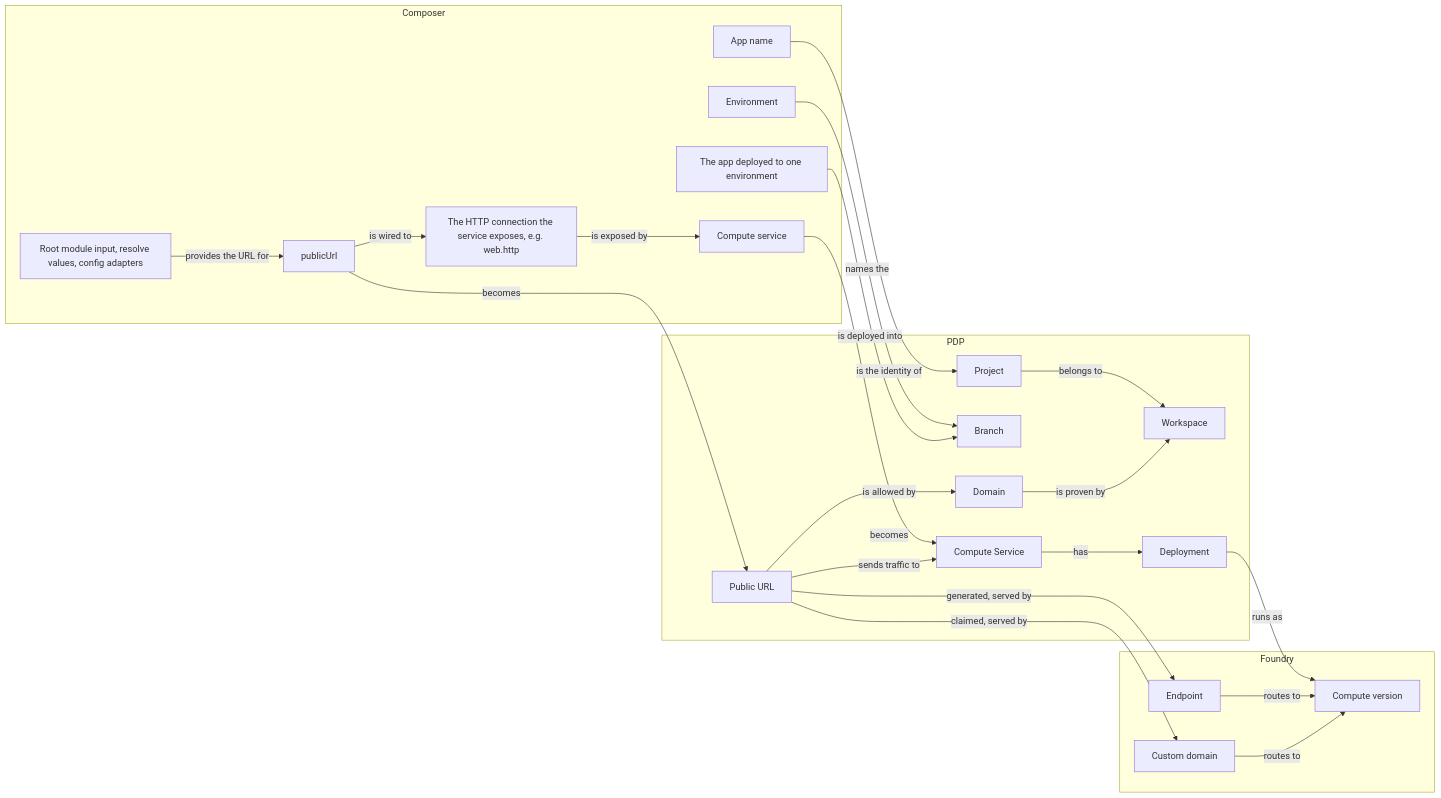
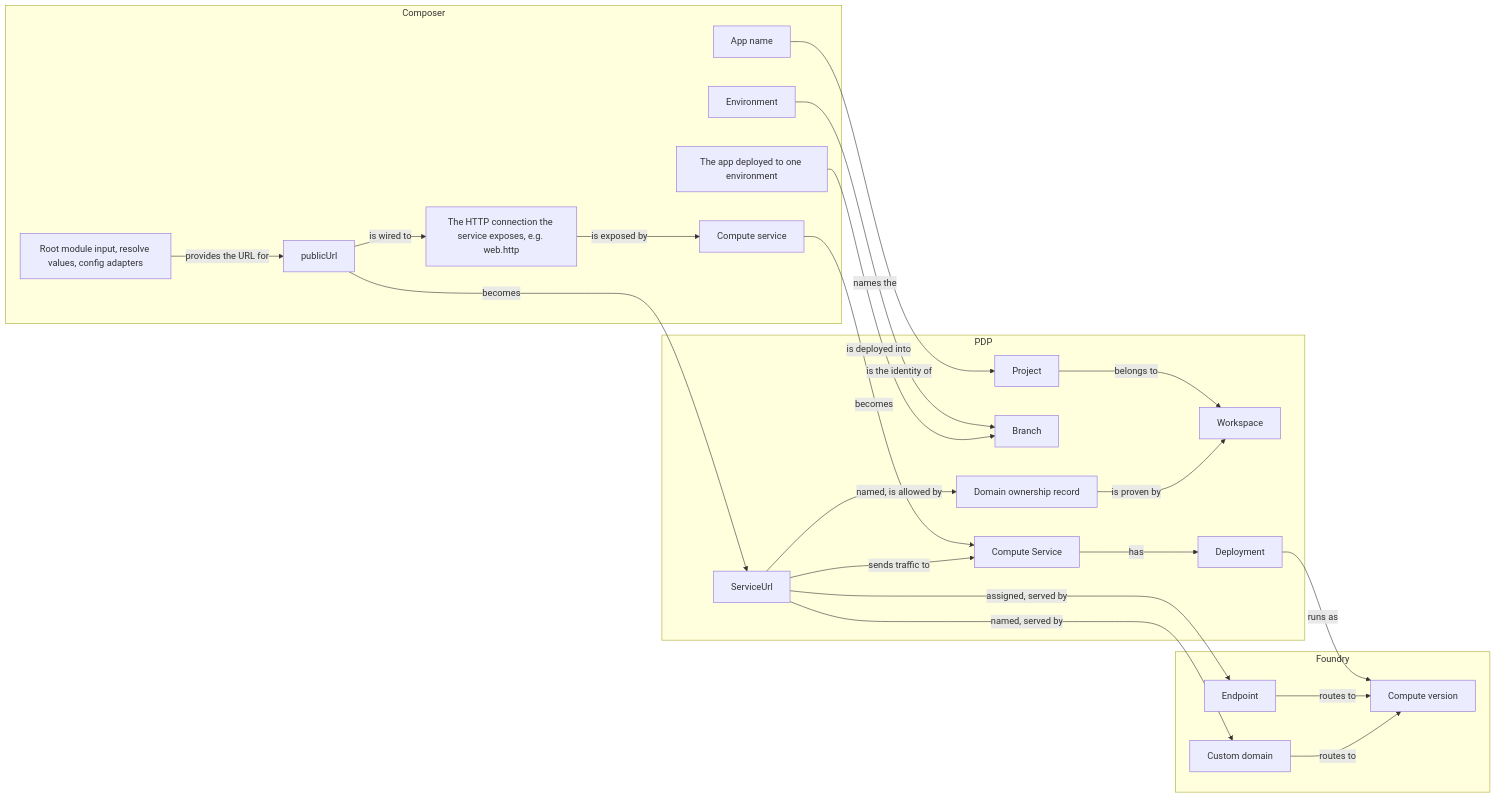
Before and after one commit to prisma/composer: the diagram in docs/design/05-prisma-cloud/public-url-domain-map.md, drawn with Mermaid. The commit also changed other lines of this file and 9 other files, not shown here.

First line of the commit message:
docs(design): the platform records are ServiceUrl and domain ownership

````diff
--- a/docs/design/05-prisma-cloud/public-url-domain-map.md
+++ b/docs/design/05-prisma-cloud/public-url-domain-map.md
@@ -5,44 +5,44 @@
 ```mermaid
 flowchart LR
   subgraph Composer
     AppName[App name]
     Env[Environment]
     Root[The app deployed to one environment]
     Svc[Compute service]
     Out[The HTTP connection the service exposes, e.g. web.http]
     PU[publicUrl]
     In[Root module input, resolve values, config adapters]
   end
   subgraph PDP
     WS[Workspace]
     Proj[Project]
     Br[Branch]
     PApp[Compute Service]
     Dep[Deployment]
-    PPU[Public URL]
-    Dom[Domain]
+    PPU[ServiceUrl]
+    Dom[Domain ownership record]
   end
   subgraph Foundry
     CV[Compute version]
     EP[Endpoint]
     CD[Custom domain]
   end
   Proj -- belongs to --> WS
   Dom -- is proven by --> WS
   AppName -- is the identity of --> Proj
   Env -- names the --> Br
   Root -- is deployed into --> Br
   Svc -- becomes --> PApp
   PU -- becomes --> PPU
   PU -- is wired to --> Out
   Out -- is exposed by --> Svc
   In -- provides the URL for --> PU
   PApp -- has --> Dep
   Dep -- runs as --> CV
   PPU -- sends traffic to --> PApp
-  PPU -- is allowed by --> Dom
-  PPU -- generated, served by --> EP
-  PPU -- claimed, served by --> CD
+  PPU -- named, is allowed by --> Dom
+  PPU -- assigned, served by --> EP
+  PPU -- named, served by --> CD
   EP -- routes to --> CV
   CD -- routes to --> CV
 ```
````
